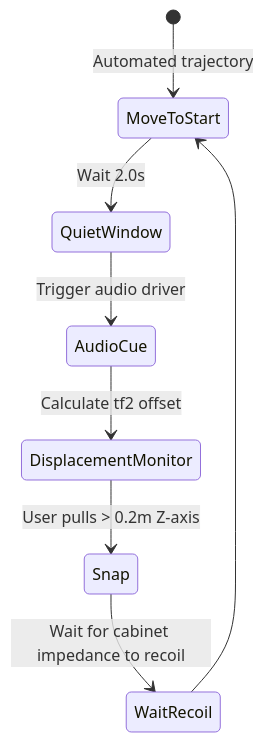
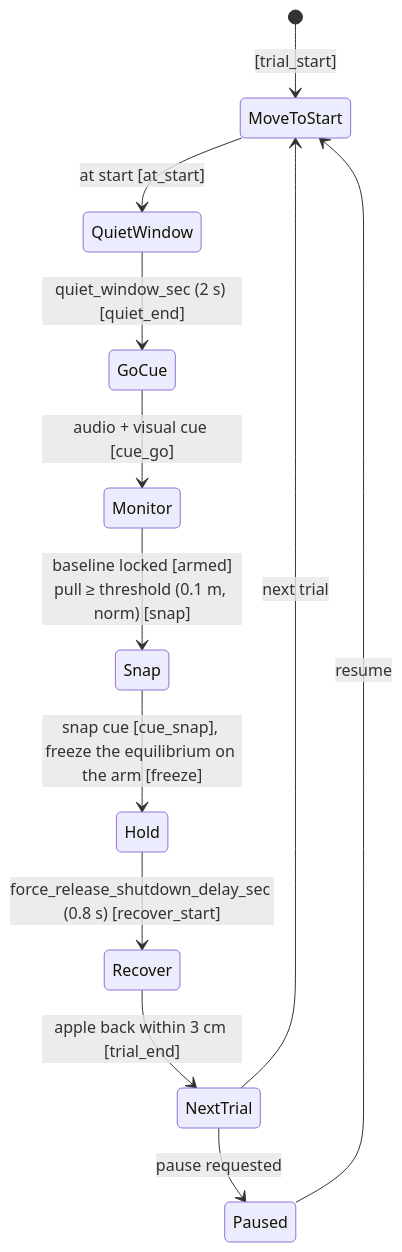
Before and after one commit to sinthlab/sinthlab-kuka-stack: the fourth of 7 diagrams in README.md, drawn with Mermaid. The commit also changed other lines of this file and 1 other file, not shown here.

````diff
--- a/README.md
+++ b/README.md
@@ -940,10 +1131,14 @@
 ```mermaid
 stateDiagram-v2
-    [*] --> MoveToStart : Automated trajectory
-    MoveToStart --> QuietWindow : Wait 2.0s
-    QuietWindow --> AudioCue : Trigger audio driver
-    AudioCue --> DisplacementMonitor : Calculate tf2 offset
-    DisplacementMonitor --> Snap : User pulls > 0.2m Z-axis
-    Snap --> WaitRecoil : Wait for cabinet impedance to recoil
-    WaitRecoil --> MoveToStart
+    [*] --> MoveToStart : [trial_start]
+    MoveToStart --> QuietWindow : at start [at_start]
+    QuietWindow --> GoCue : quiet_window_sec (2 s) [quiet_end]
+    GoCue --> Monitor : audio + visual cue [cue_go]
+    Monitor --> Snap : baseline locked [armed]<br/>pull ≥ threshold (0.1 m, norm) [snap]
+    Snap --> Hold : snap cue [cue_snap], freeze the equilibrium on the arm [freeze]
+    Hold --> Recover : force_release_shutdown_delay_sec (0.8 s) [recover_start]
+    Recover --> NextTrial : apple back within 3 cm [trial_end]
+    NextTrial --> MoveToStart : next trial
+    NextTrial --> Paused : pause requested
+    Paused --> MoveToStart : resume
 ```
````
